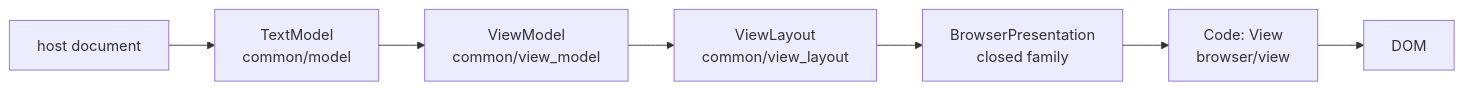
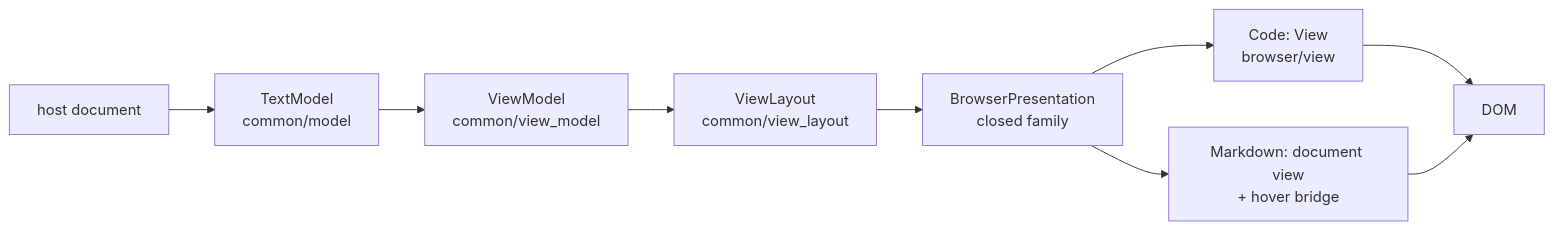
Before and after one commit to moonbitlang/editor: the first of 2 diagrams in docs/architecture.md, drawn with Mermaid. The commit also changed other lines of this file and 15 other files, not shown here.

Commit message:
test(viewer): prove markdown document integration

````diff
--- a/docs/architecture.md
+++ b/docs/architecture.md
@@ -24,9 +24,11 @@
 ```mermaid
 flowchart LR
   A[host document] --> B[TextModel<br>common/model]
   B --> C[ViewModel<br>common/view_model]
   C --> D[ViewLayout<br>common/view_layout]
   D --> E[BrowserPresentation<br>closed family]
   E --> F[Code: View<br>browser/view]
-  F --> G[DOM]
+  E --> G[Markdown: document view<br>+ hover bridge]
+  F --> H[DOM]
+  G --> H
 ```
````
